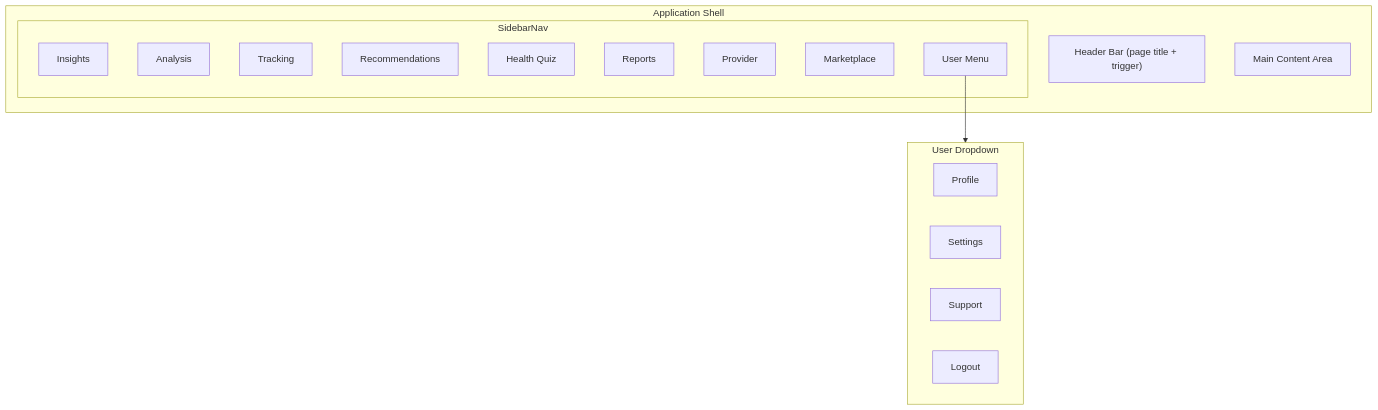
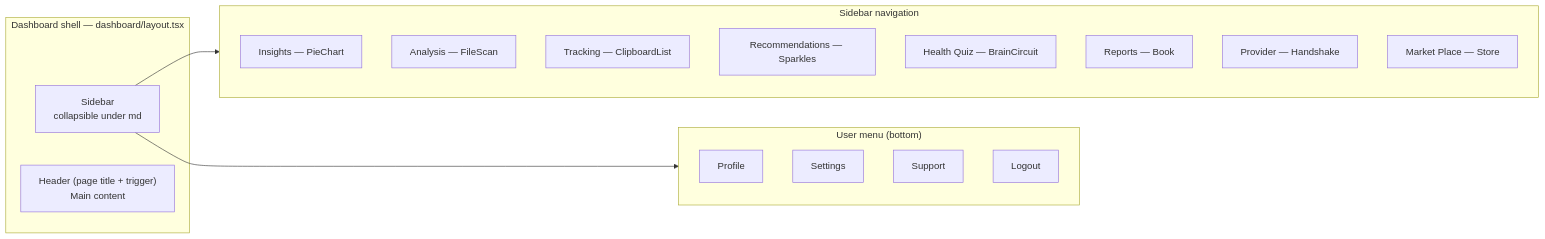
One commit to knotking/healthgeek changed the second of 6 diagrams in docs/design/README.md. Above: the diagram before and after it, drawn with Mermaid. The commit also changed other lines of this file and 6 other files, not shown here.

````diff
--- a/docs/design/README.md
+++ b/docs/design/README.md
@@ -72,29 +74,28 @@
 ```mermaid
-graph TD
-    subgraph AppShell ["Application Shell"]
-        SidebarNav["Sidebar Navigation"]
-        Header["Header Bar (page title + trigger)"]
-        MainContent["Main Content Area"]
+flowchart LR
+    subgraph shell ["Dashboard shell — dashboard/layout.tsx"]
+        sidebar["Sidebar<br/>collapsible under md"]
+        main["Header (page title + trigger)<br/>Main content"]
     end
 
-    subgraph SidebarNav
-        S1[Insights]
-        S2[Analysis]
-        S3[Tracking]
-        S4[Recommendations]
-        S5[Health Quiz]
-        S6[Reports]
-        S7[Provider]
-        S8[Marketplace]
-        S9[User Menu]
+    subgraph nav ["Sidebar navigation"]
+        n1["Insights — PieChart"]
+        n2["Analysis — FileScan"]
+        n3["Tracking — ClipboardList"]
+        n4["Recommendations — Sparkles"]
+        n5["Health Quiz — BrainCircuit"]
+        n6["Reports — Book"]
+        n7["Provider — Handshake"]
+        n8["Market Place — Store"]
     end
 
-    subgraph UserMenu ["User Dropdown"]
-        Profile
-        Settings
-        Support
-        Logout
+    subgraph menu ["User menu (bottom)"]
+        m1["Profile"]
+        m2["Settings"]
+        m3["Support"]
+        m4["Logout"]
     end
 
-    S9 --> UserMenu
+    sidebar --> nav
+    sidebar --> menu
 ```
````
